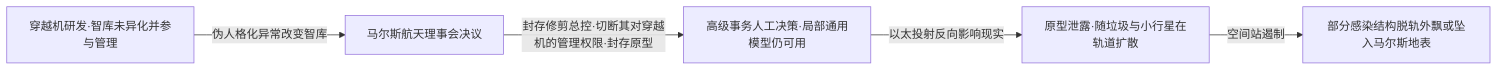
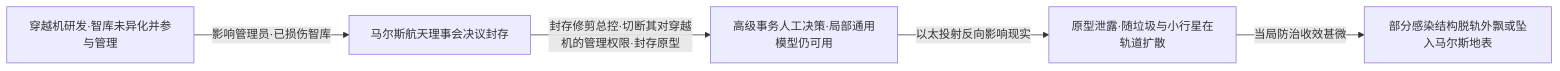
The eighth of 12 diagrams in 实体与关系网.md (Estrella6066773/WorldCreate), drawn with Mermaid before and after one commit. The commit also changed other lines of this file and 18 other files, not shown here.

````diff
--- a/实体与关系网.md
+++ b/实体与关系网.md
@@ -427,7 +429,7 @@
 ```mermaid
 flowchart LR
-  A[穿越机研发·智库未异化并参与管理] -->|伪人格化异常改变智库| B[马尔斯航天理事会决议]
+  A[穿越机研发·智库未异化并参与管理] -->|影响管理员·已损伤智库| B[马尔斯航天理事会决议封存]
   B -->|封存修剪总控·切断其对穿越机的管理权限·封存原型| C[高级事务人工决策·局部通用模型仍可用]
   C -->|以太投射反向影响现实| D[原型泄露·随垃圾与小行星在轨道扩散]
-  D -->|空间站遏制| E[部分感染结构脱轨外飘或坠入马尔斯地表]
+  D -->|当局防治收效甚微| E[部分感染结构脱轨外飘或坠入马尔斯地表]
 ```
````
